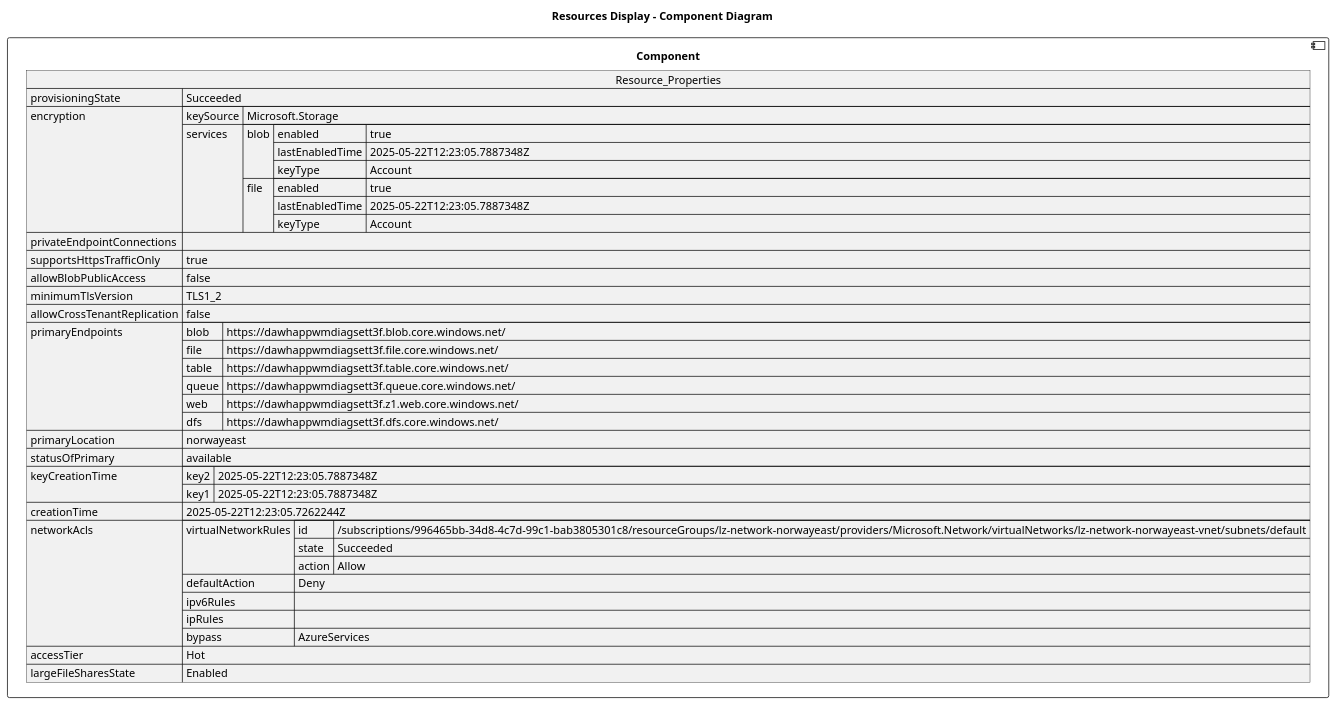
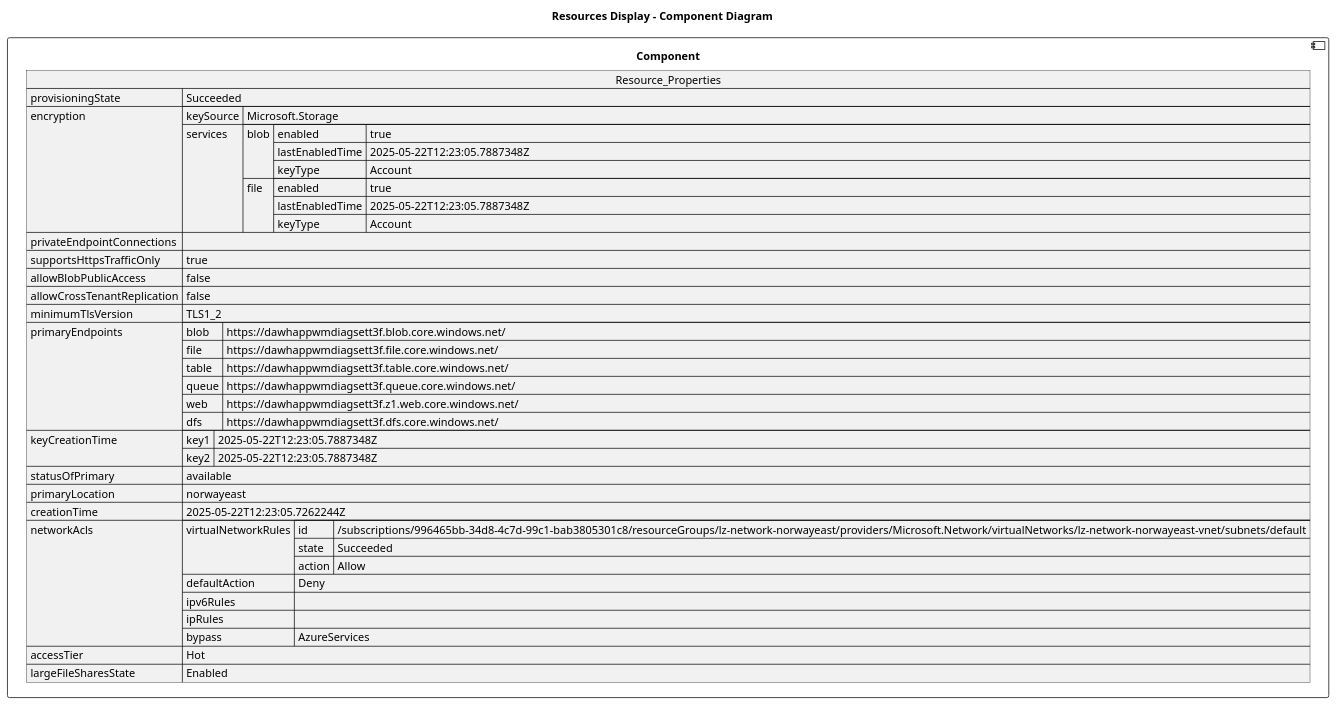
One commit to DanielAmpong/Test-Azure-architecture-diagram changed the diagram in architectureDesign/PUML/rg-aleksander_Resources/dawhappwmdiagsett3f.puml. Above: the diagram before and after it, drawn with PlantUML. The commit also changed 305 other files, not shown here.

```diff
--- a/architectureDesign/PUML/rg-aleksander_Resources/dawhappwmdiagsett3f.puml
+++ b/architectureDesign/PUML/rg-aleksander_Resources/dawhappwmdiagsett3f.puml
@@ -1,61 +1,61 @@
 @startuml
 
 title Resources Display - Component Diagram
 
 component Component {
 
 json  Resource_Properties {
   "provisioningState": "Succeeded",
   "encryption": {
     "keySource": "Microsoft.Storage",
     "services": {
       "blob": {
         "enabled": true,
         "lastEnabledTime": "2025-05-22T12:23:05.7887348Z",
         "keyType": "Account"
       },
       "file": {
         "enabled": true,
         "lastEnabledTime": "2025-05-22T12:23:05.7887348Z",
         "keyType": "Account"
       }
     }
   },
   "privateEndpointConnections": [],
   "supportsHttpsTrafficOnly": true,
   "allowBlobPublicAccess": false,
+  "allowCrossTenantReplication": false,
   "minimumTlsVersion": "TLS1_2",
-  "allowCrossTenantReplication": false,
   "primaryEndpoints": {
     "blob": "https://dawhappwmdiagsett3f.blob.core.windows.net/",
     "file": "https://dawhappwmdiagsett3f.file.core.windows.net/",
     "table": "https://dawhappwmdiagsett3f.table.core.windows.net/",
     "queue": "https://dawhappwmdiagsett3f.queue.core.windows.net/",
     "web": "https://dawhappwmdiagsett3f.z1.web.core.windows.net/",
     "dfs": "https://dawhappwmdiagsett3f.dfs.core.windows.net/"
   },
+  "keyCreationTime": {
+    "key1": "2025-05-22T12:23:05.7887348Z",
+    "key2": "2025-05-22T12:23:05.7887348Z"
+  },
+  "statusOfPrimary": "available",
   "primaryLocation": "norwayeast",
-  "statusOfPrimary": "available",
-  "keyCreationTime": {
-    "key2": "2025-05-22T12:23:05.7887348Z",
-    "key1": "2025-05-22T12:23:05.7887348Z"
-  },
   "creationTime": "2025-05-22T12:23:05.7262244Z",
   "networkAcls": {
     "virtualNetworkRules": [
       {
         "id": "/subscriptions/996465bb-34d8-4c7d-99c1-bab3805301c8/resourceGroups/lz-network-norwayeast/providers/Microsoft.Network/virtualNetworks/lz-network-norwayeast-vnet/subnets/default",
         "state": "Succeeded",
         "action": "Allow"
       }
     ],
     "defaultAction": "Deny",
     "ipv6Rules": [],
     "ipRules": [],
     "bypass": "AzureServices"
   },
   "accessTier": "Hot",
   "largeFileSharesState": "Enabled"
 }
 }
 @enduml
```
